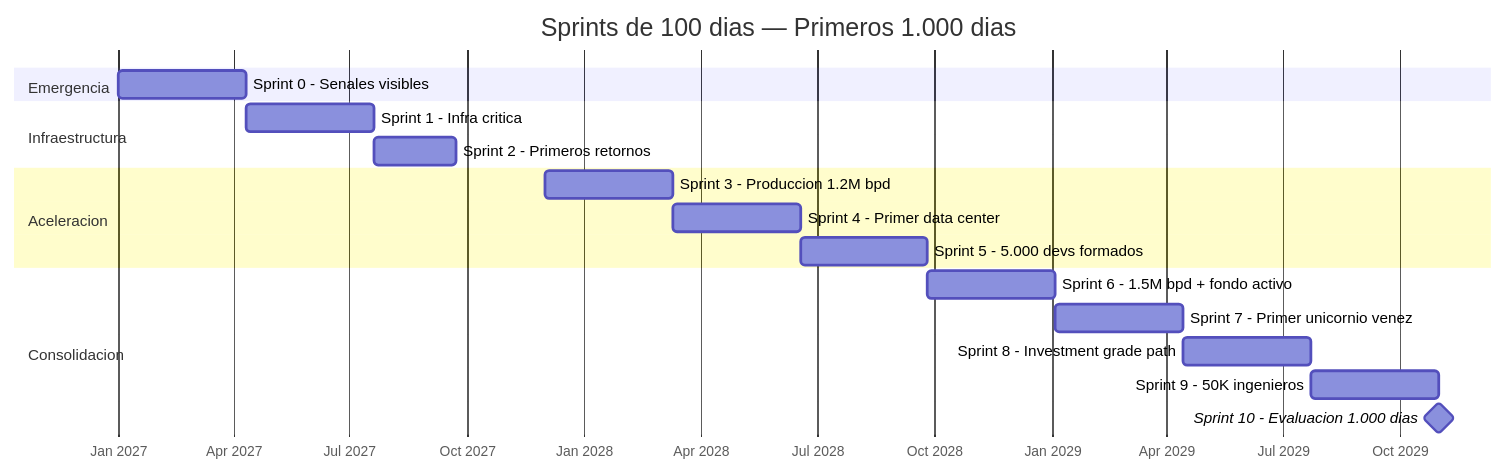
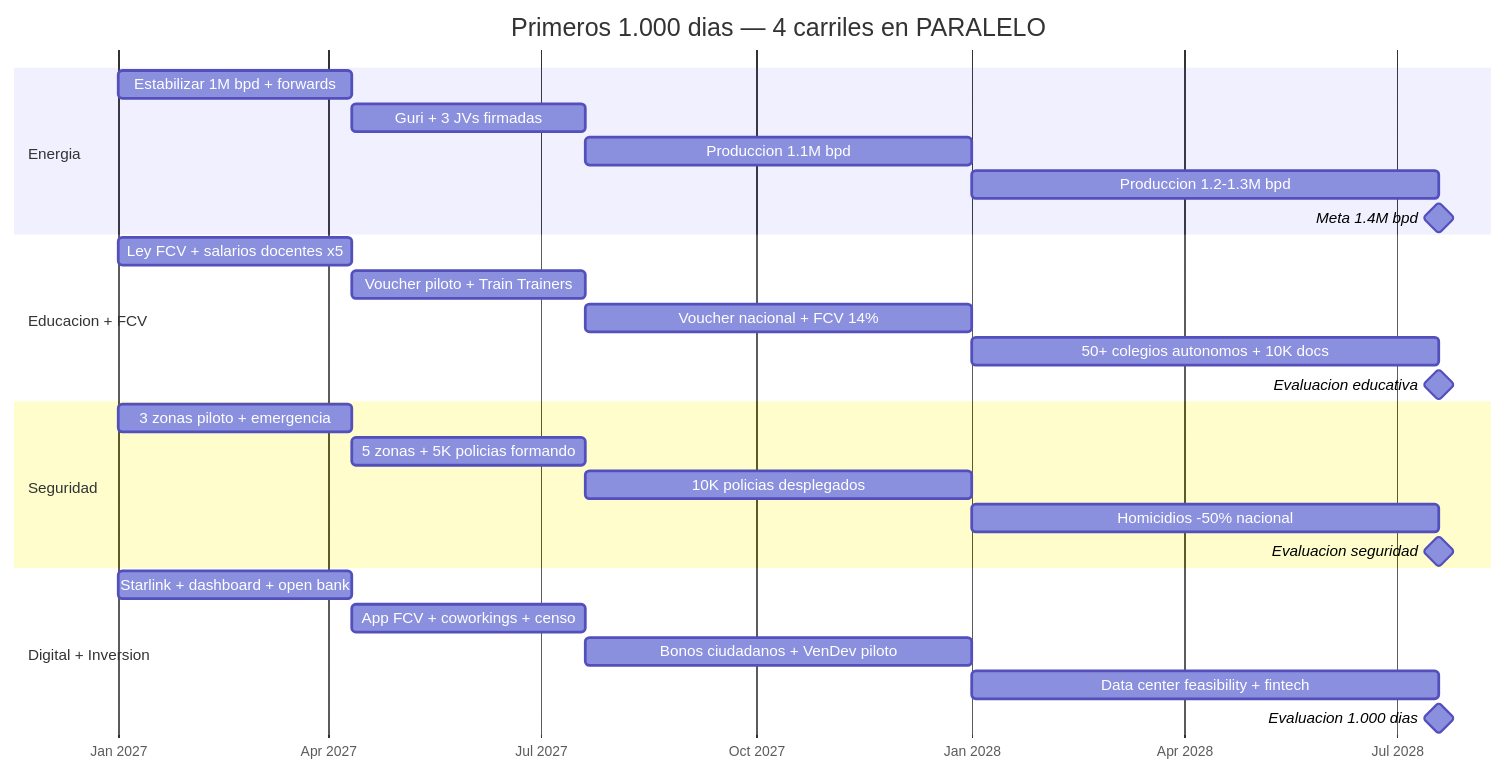
One commit to Venezuela-S-A/venezuela-sa changed the second of 3 diagrams in docs/07-ejecucion/timeline.md. Above: the diagram before and after it, drawn with Mermaid. The commit also changed other lines of this file, not shown here.

First line of the commit message:
feat: restructure sprints — 4 parallel lanes instead of 10 sequential

````diff
--- a/docs/07-ejecucion/timeline.md
+++ b/docs/07-ejecucion/timeline.md
@@ -102,25 +101,34 @@
 ```mermaid
 gantt
-    title Sprints de 100 dias — Primeros 1.000 dias
+    title Primeros 1.000 dias — 4 carriles en PARALELO
     dateFormat YYYY-MM-DD
     axisFormat %b %Y
 
-    section Emergencia
-    Sprint 0 - Senales visibles       :s0, 2027-01-01, 100d
+    section Energia
+    Estabilizar 1M bpd + forwards     :e0, 2027-01-01, 100d
+    Guri + 3 JVs firmadas             :e1, after e0, 100d
+    Produccion 1.1M bpd               :e2, after e1, 165d
+    Produccion 1.2-1.3M bpd           :e3, after e2, 200d
+    Meta 1.4M bpd                     :milestone, me, after e3, 0d
 
-    section Infraestructura
-    Sprint 1 - Infra critica           :s1, after s0, 100d
-    Sprint 2 - Primeros retornos       :s2, after s1, 65d
+    section Educacion + FCV
+    Ley FCV + salarios docentes x5    :ed0, 2027-01-01, 100d
+    Voucher piloto + Train Trainers   :ed1, after ed0, 100d
+    Voucher nacional + FCV 14%        :ed2, after ed1, 165d
+    50+ colegios autonomos + 10K docs :ed3, after ed2, 200d
+    Evaluacion educativa              :milestone, med, after ed3, 0d
 
-    section Aceleracion
-    Sprint 3 - Produccion 1.2M bpd     :s3, 2027-12-01, 100d
-    Sprint 4 - Primer data center      :s4, after s3, 100d
-    Sprint 5 - 5.000 devs formados     :s5, after s4, 100d
+    section Seguridad
+    3 zonas piloto + emergencia       :s0, 2027-01-01, 100d
+    5 zonas + 5K policias formando    :s1, after s0, 100d
+    10K policias desplegados          :s2, after s1, 165d
+    Homicidios -50% nacional          :s3, after s2, 200d
+    Evaluacion seguridad              :milestone, ms, after s3, 0d
 
-    section Consolidacion
-    Sprint 6 - 1.5M bpd + fondo activo :s6, after s5, 100d
-    Sprint 7 - Primer unicornio venez  :s7, after s6, 100d
-    Sprint 8 - Investment grade path   :s8, after s7, 100d
-    Sprint 9 - 50K ingenieros          :s9, after s8, 100d
-    Sprint 10 - Evaluacion 1.000 dias  :milestone, m10, after s9, 0d
+    section Digital + Inversion
+    Starlink + dashboard + open bank  :d0, 2027-01-01, 100d
+    App FCV + coworkings + censo      :d1, after d0, 100d
+    Bonos ciudadanos + VenDev piloto  :d2, after d1, 165d
+    Data center feasibility + fintech :d3, after d2, 200d
+    Evaluacion 1.000 dias             :milestone, m1000, after d3, 0d
 ```
````
